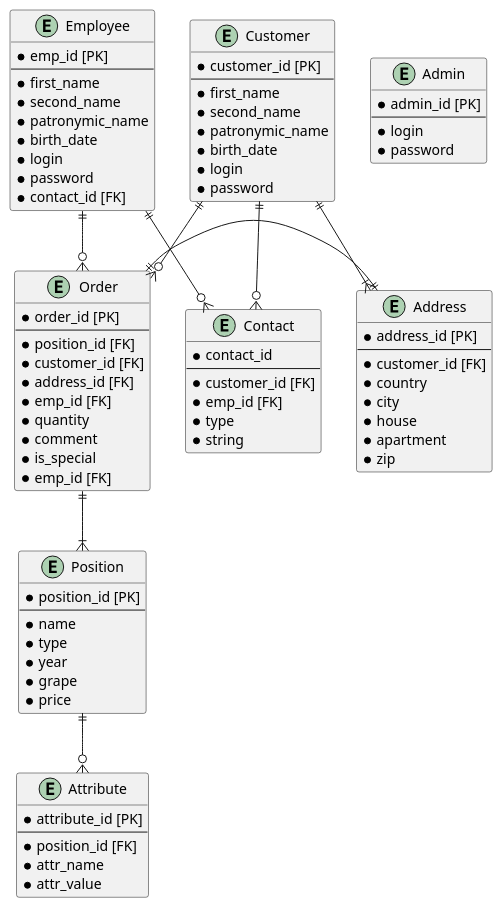
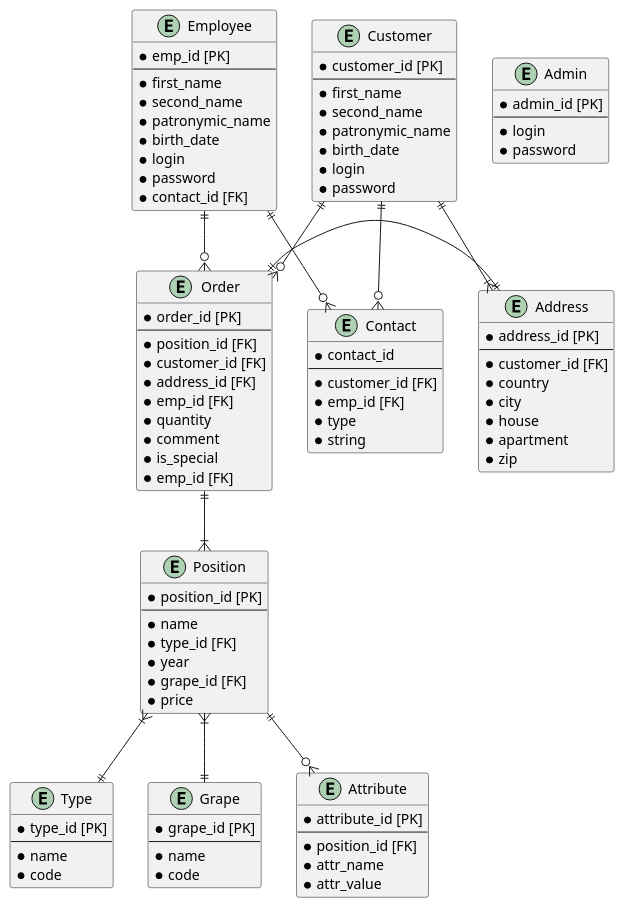
One commit to ikotamsl/wineshop-project changed the diagram in documentation/db_relation_diagram.md. Above: the diagram before and after it, drawn with PlantUML. The commit also changed 1 other file, not shown here.

Commit message:
added type and grape (#9)

````diff
--- a/documentation/db_relation_diagram.md
+++ b/documentation/db_relation_diagram.md
@@ -37,10 +37,24 @@
     * position_id [PK]
     --
     * name
-    * type
+    * type_id [FK]
     * year
-    * grape
+    * grape_id [FK]
     * price
+}
+
+entity Type {
+    * type_id [PK]
+    --
+    * name
+    * code
+}
+
+entity Grape {
+    * grape_id [PK]
+    --
+    * name
+    * code
 }
 
 entity Attribute {
@@ -95,6 +109,9 @@
 Employee ||--o{ Order
 
 Position ||--o{ Attribute
+Position }|--|| Grape
+Position }|--|| Type
+
 
 @enduml
 ```
````
